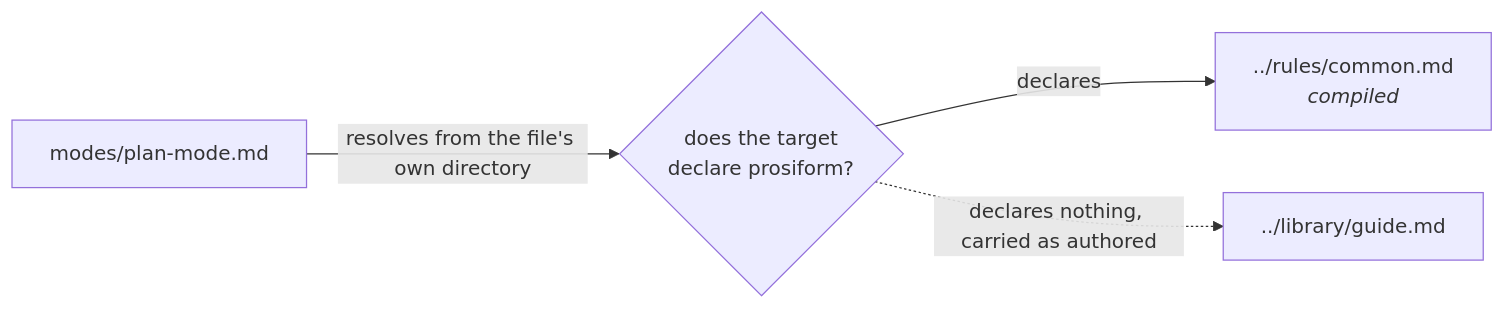
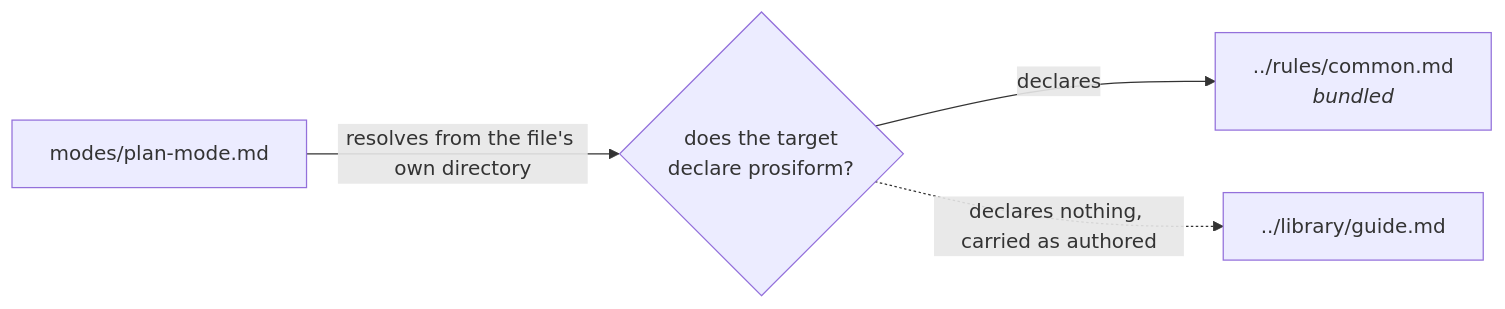
The diagram in docs/sources.md (m2ux/prosiform), drawn with Mermaid before and after one commit. The commit also changed other lines of this file and 280 other files, not shown here.

````diff
--- a/docs/sources.md
+++ b/docs/sources.md
@@ -25,6 +25,6 @@
 ```mermaid
 flowchart LR
   Doc["modes/plan-mode.md"] -- "resolves from the file's own directory" --> Ask{"does the target<br/>declare prosiform?"}
-  Ask -- "declares" --> Rules["../rules/common.md<br/><i>compiled</i>"]
+  Ask -- "declares" --> Rules["../rules/common.md<br/><i>bundled</i>"]
   Ask -. "declares nothing, carried as authored" .-> Guide["../library/guide.md"]
 ```
````
